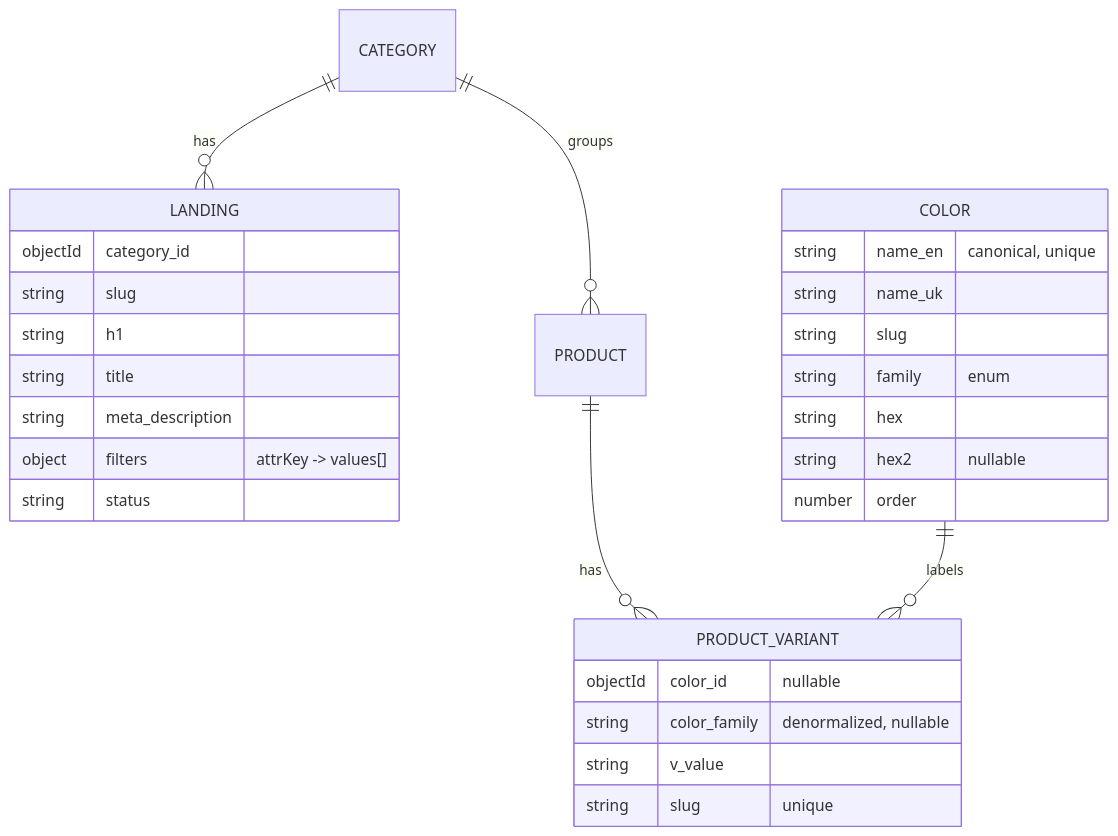
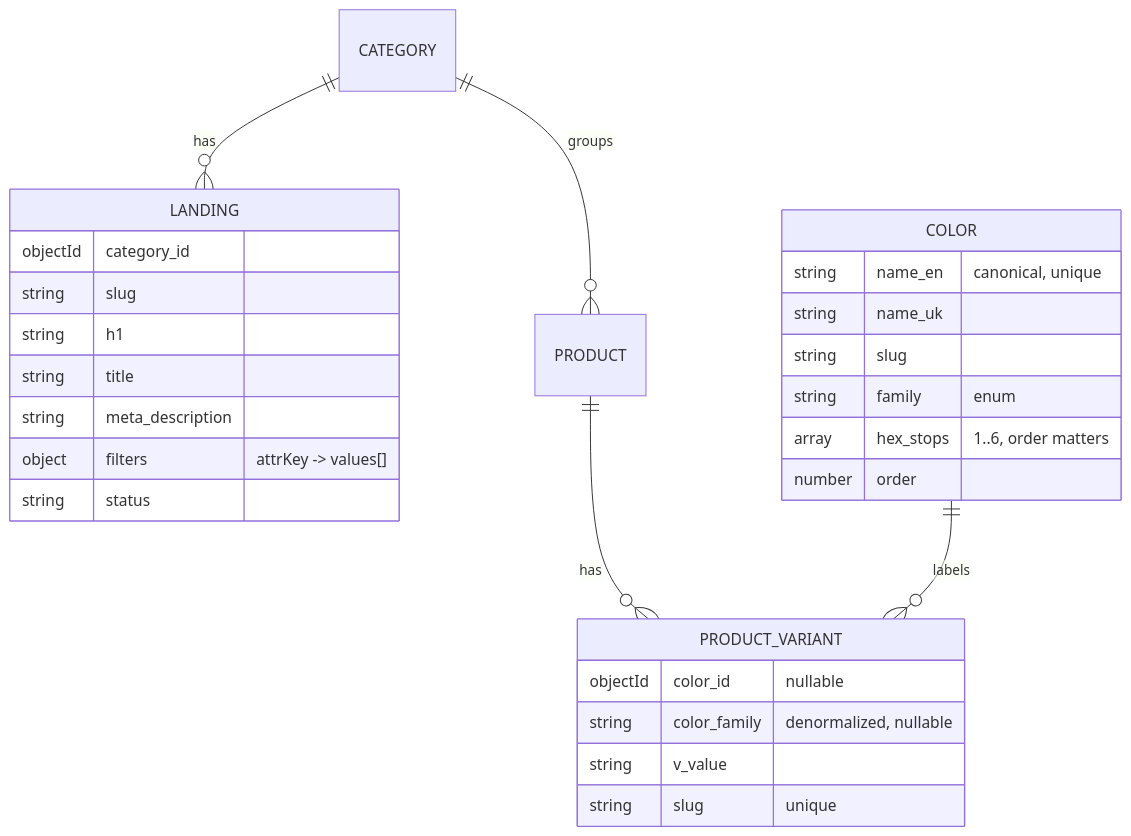
The second of 3 diagrams in docs/designs/TD-0002-catalog-taxonomy-and-landings.md (vvbogdanovih/fillando-meta), drawn with Mermaid before and after one commit. The commit also changed other lines of this file and 8 other files, not shown here.

````diff
--- a/docs/designs/TD-0002-catalog-taxonomy-and-landings.md
+++ b/docs/designs/TD-0002-catalog-taxonomy-and-landings.md
@@ -152,32 +157,31 @@
 ```mermaid
 erDiagram
     CATEGORY ||--o{ LANDING : "has"
     CATEGORY ||--o{ PRODUCT : "groups"
     PRODUCT ||--o{ PRODUCT_VARIANT : "has"
     COLOR ||--o{ PRODUCT_VARIANT : "labels"
 
     COLOR {
       string name_en "canonical, unique"
       string name_uk
       string slug
       string family "enum"
-      string hex
-      string hex2 "nullable"
+      array hex_stops "1..6, order matters"
       number order
     }
     LANDING {
       objectId category_id
       string slug
       string h1
       string title
       string meta_description
       object filters "attrKey -> values[]"
       string status
     }
     PRODUCT_VARIANT {
       objectId color_id "nullable"
       string color_family "denormalized, nullable"
       string v_value
       string slug "unique"
     }
 ```
````
